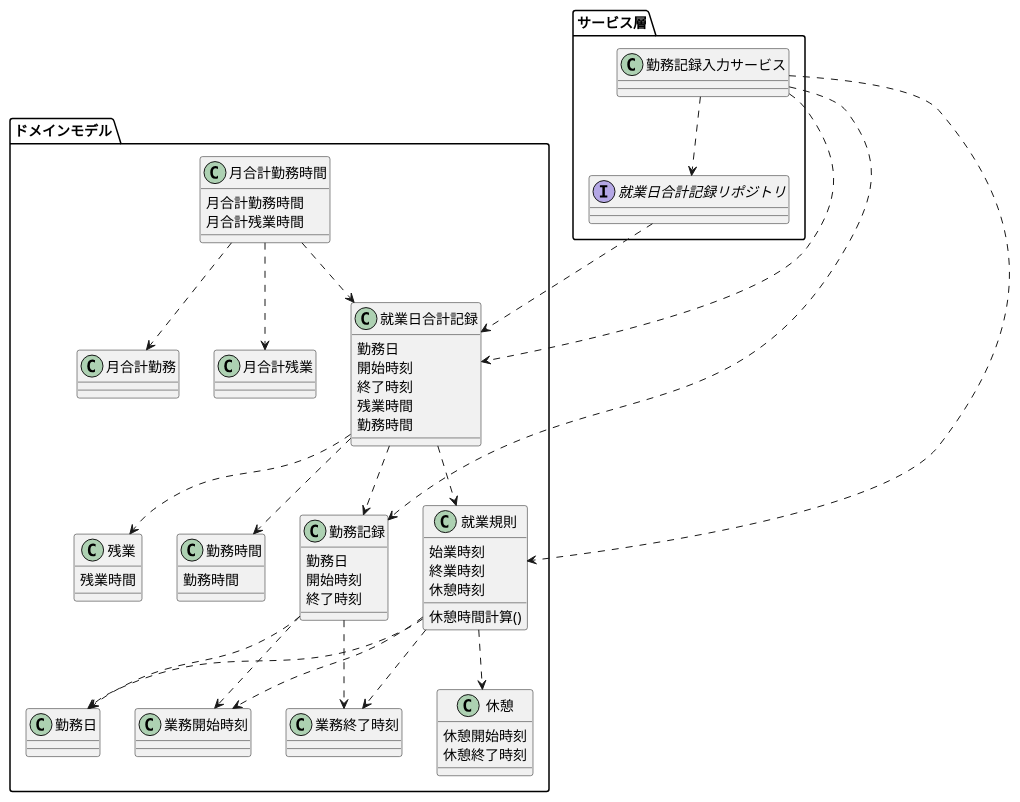
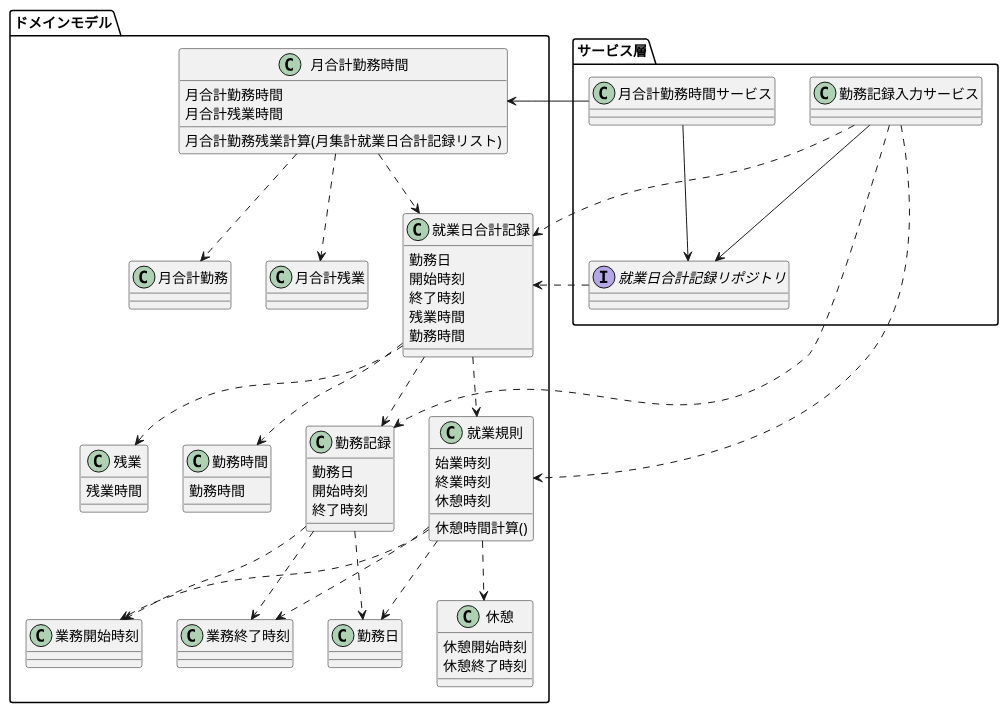
One commit to biglobe-isp/kintai changed the diagram in Kmodel.puml. Above: the diagram before and after it, drawn with PlantUML.

Commit message:
uml図の依存関係追加

```diff
--- a/Kmodel.puml
+++ b/Kmodel.puml
@@ -1,80 +1,86 @@
 @startuml kintaiD
 package ドメインモデル{
     class 勤務記録{
         勤務日
         開始時刻
         終了時刻
     }
     class 就業規則{
         始業時刻
         終業時刻
         休憩時刻
 
         休憩時間計算()
     }
     class 勤務日{
     }
     class 業務開始時刻{
     }
     class 業務終了時刻{
     }
 
     class 休憩{
         休憩開始時刻
         休憩終了時刻
     }
     class 残業{
         残業時間
     }
     
     class 勤務時間{
         勤務時間
     }
     class 就業日合計記録{
         勤務日
         開始時刻
         終了時刻
         残業時間
         勤務時間
     }
     class 月合計勤務時間{
         月合計勤務時間
         月合計残業時間
+        月合計勤務残業計算(月集計就業日合計記録リスト)
     }
     class 月合計勤務{
     }
     class 月合計残業{
     }
     就業日合計記録 ..> 勤務時間
     就業日合計記録 ..> 残業
     就業日合計記録 ..> 就業規則
     就業日合計記録 ..> 勤務記録
 
     就業規則 ..> 休憩
     就業規則 ..> 勤務日
     就業規則 ..> 業務開始時刻
     就業規則 ..> 業務終了時刻
     
     勤務記録 ..> 勤務日
     勤務記録 ..> 業務開始時刻
     勤務記録 ..> 業務終了時刻
 
     月合計勤務時間 ..> 就業日合計記録
     月合計勤務時間 ..> 月合計勤務
     月合計勤務時間 ..> 月合計残業
 }
 package サービス層{
     class 勤務記録入力サービス{
 
     }
     interface 就業日合計記録リポジトリ{
 
     }
+    class 月合計勤務時間サービス{
+    }
+
     勤務記録入力サービス ..> 就業日合計記録
-    勤務記録入力サービス ..> 就業日合計記録リポジトリ
+    勤務記録入力サービス --> 就業日合計記録リポジトリ
     勤務記録入力サービス ..> 勤務記録
     就業日合計記録リポジトリ..> 就業日合計記録
     勤務記録入力サービス ..> 就業規則
-    
+    月合計勤務時間サービス --> 就業日合計記録リポジトリ
+    月合計勤務時間サービス -left-> 月合計勤務時間
+
 }
 @enduml
```
